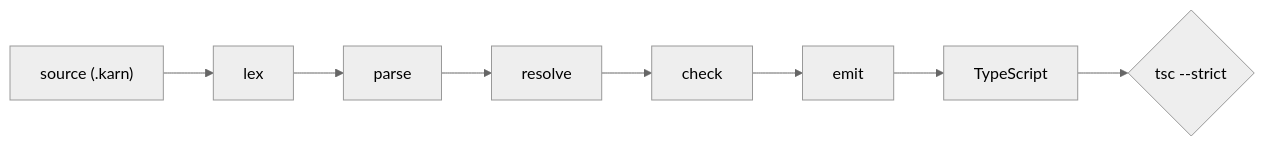
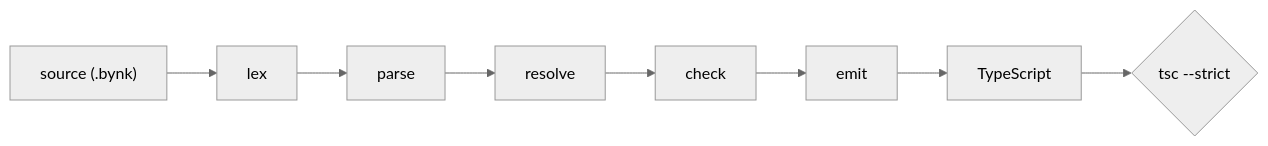
One commit to accuser/karn changed the second of 2 diagrams in docs/src/guides/program-structure/how-a-program-is-shaped.md. Above: the diagram before and after it, drawn with Mermaid (neutral theme). The commit also changed 748 other files, not shown here.

First line of the commit message:
rename: source extension .karn → .bynk

````diff
--- a/docs/src/guides/program-structure/how-a-program-is-shaped.md
+++ b/docs/src/guides/program-structure/how-a-program-is-shaped.md
@@ -99,4 +99,4 @@
 ```mermaid
 flowchart LR
-  src["source (.karn)"] --> lex[lex] --> parse[parse] --> resolve[resolve] --> check[check] --> emit[emit] --> ts["TypeScript"] --> tsc{"tsc --strict"}
+  src["source (.bynk)"] --> lex[lex] --> parse[parse] --> resolve[resolve] --> check[check] --> emit[emit] --> ts["TypeScript"] --> tsc{"tsc --strict"}
 ```
````
